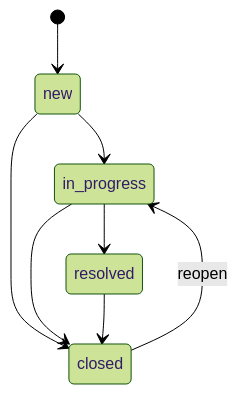
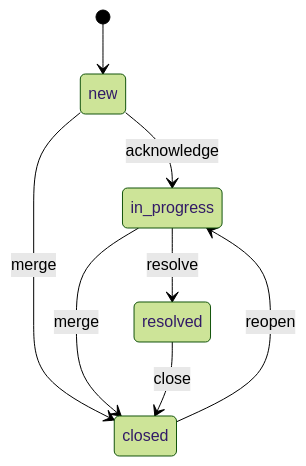
One commit to refractionPOINT/documentation changed the diagram in docs/5-integrations/extensions/limacharlie/cases.md. Above: the diagram before and after it, drawn with Mermaid (forest theme).

Commit message:
docs: add transition labels to case lifecycle state diagram

````diff
--- a/docs/5-integrations/extensions/limacharlie/cases.md
+++ b/docs/5-integrations/extensions/limacharlie/cases.md
@@ -53,10 +53,10 @@
 ```mermaid
 stateDiagram-v2
     [*] --> new
-    new --> in_progress
-    new --> closed
-    in_progress --> resolved
-    in_progress --> closed
-    resolved --> closed
+    new --> in_progress: acknowledge
+    new --> closed: merge
+    in_progress --> resolved: resolve
+    in_progress --> closed: merge
+    resolved --> closed: close
     closed --> in_progress: reopen
 ```
````
